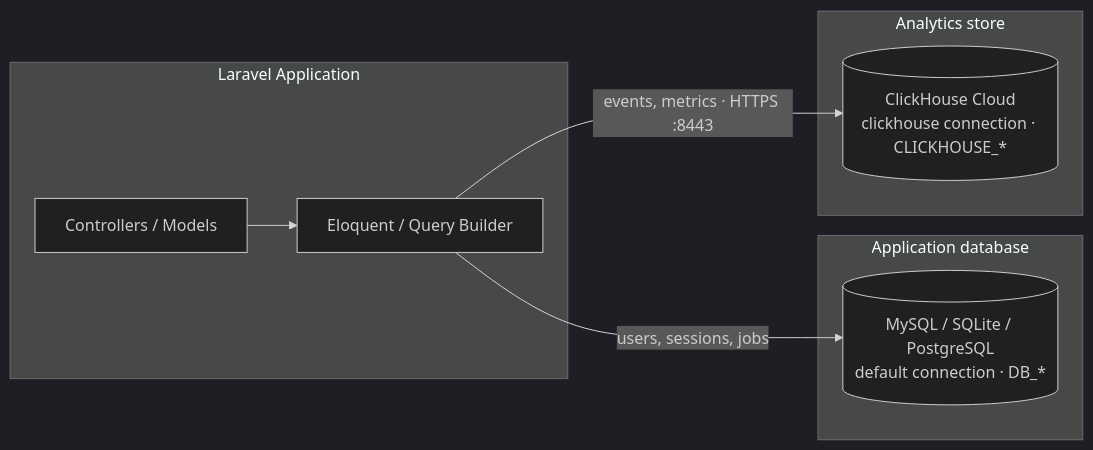
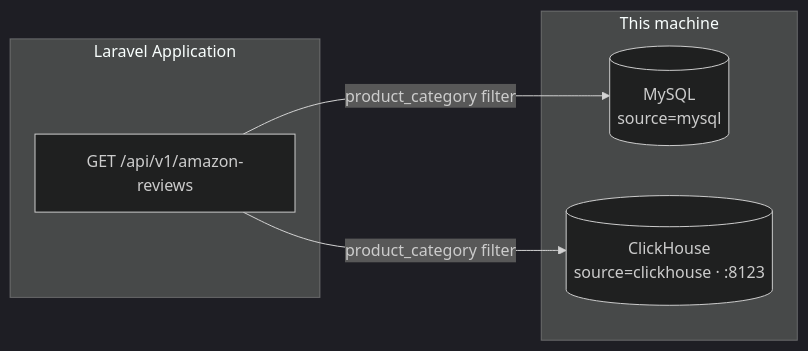
Before and after one commit to engyahmed7/clickhouse-analytics: the diagram in README.md, drawn with Mermaid (dark theme). The commit also changed other lines of this file and 1 other file, not shown here.

Commit message:
Update .env.example and README.md for MySQL and ClickHouse configuration

````diff
--- a/README.md
+++ b/README.md
@@ -31,19 +32,14 @@
 ```mermaid
 flowchart LR
     subgraph App["Laravel Application"]
-        Controllers["Controllers / Models"]
-        Eloquent["Eloquent / Query Builder"]
+        API["GET /api/v1/amazon-reviews"]
     end
 
-    subgraph OLTP["Application database"]
-        MySQL[("MySQL / SQLite / PostgreSQL<br/>default connection · DB_*")]
+    subgraph Local["This machine"]
+        MySQL[("MySQL<br/>source=mysql")]
+        CH[("ClickHouse<br/>source=clickhouse · :8123")]
     end
 
-    subgraph Analytics["Analytics store"]
-        CH[("ClickHouse Cloud<br/>clickhouse connection · CLICKHOUSE_*")]
-    end
-
-    Controllers --> Eloquent
-    Eloquent -->|"users, sessions, jobs"| MySQL
-    Eloquent -->|"events, metrics · HTTPS :8443"| CH
+    API -->|"product_category filter"| MySQL
+    API -->|"product_category filter"| CH
 ```
````
